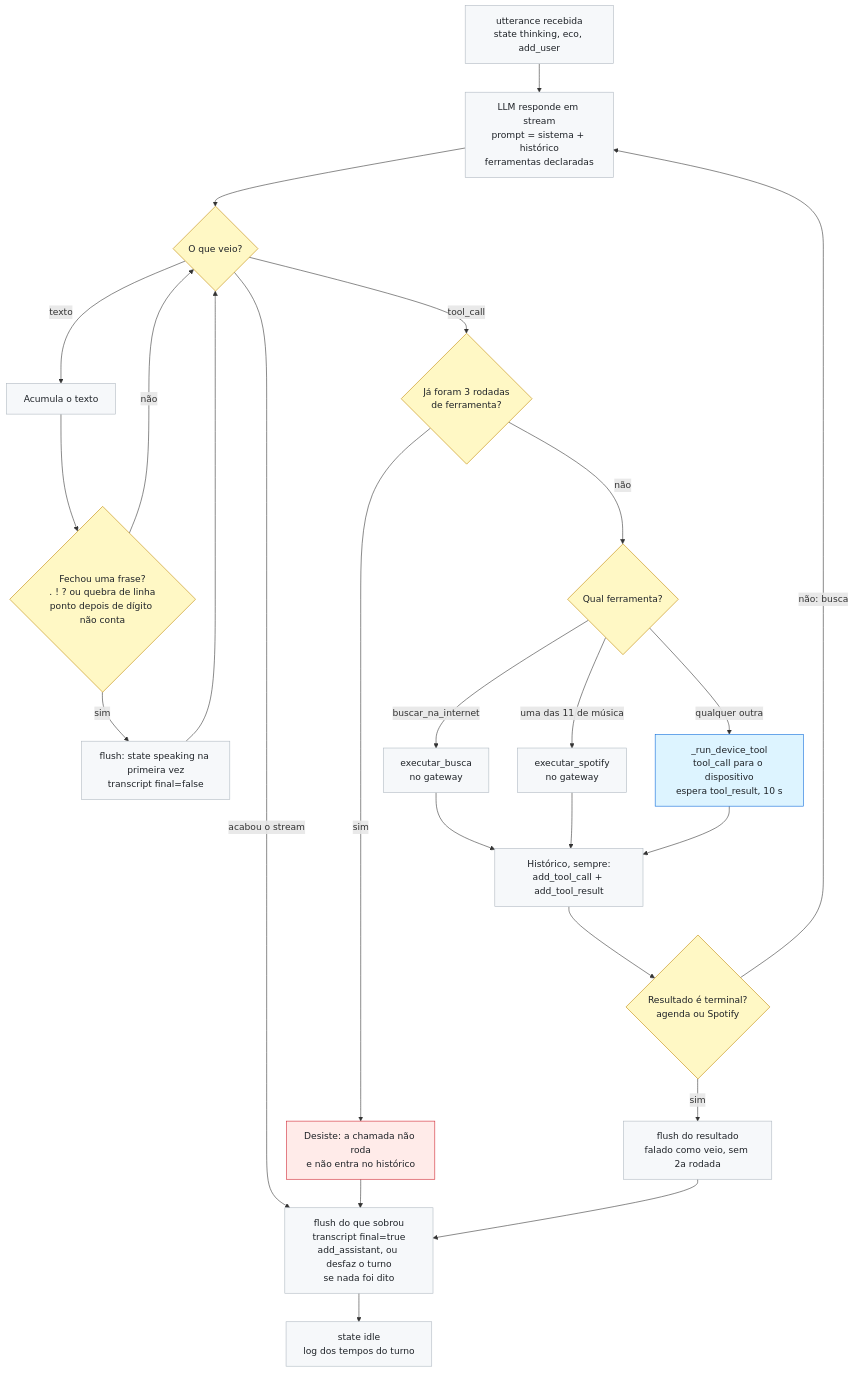
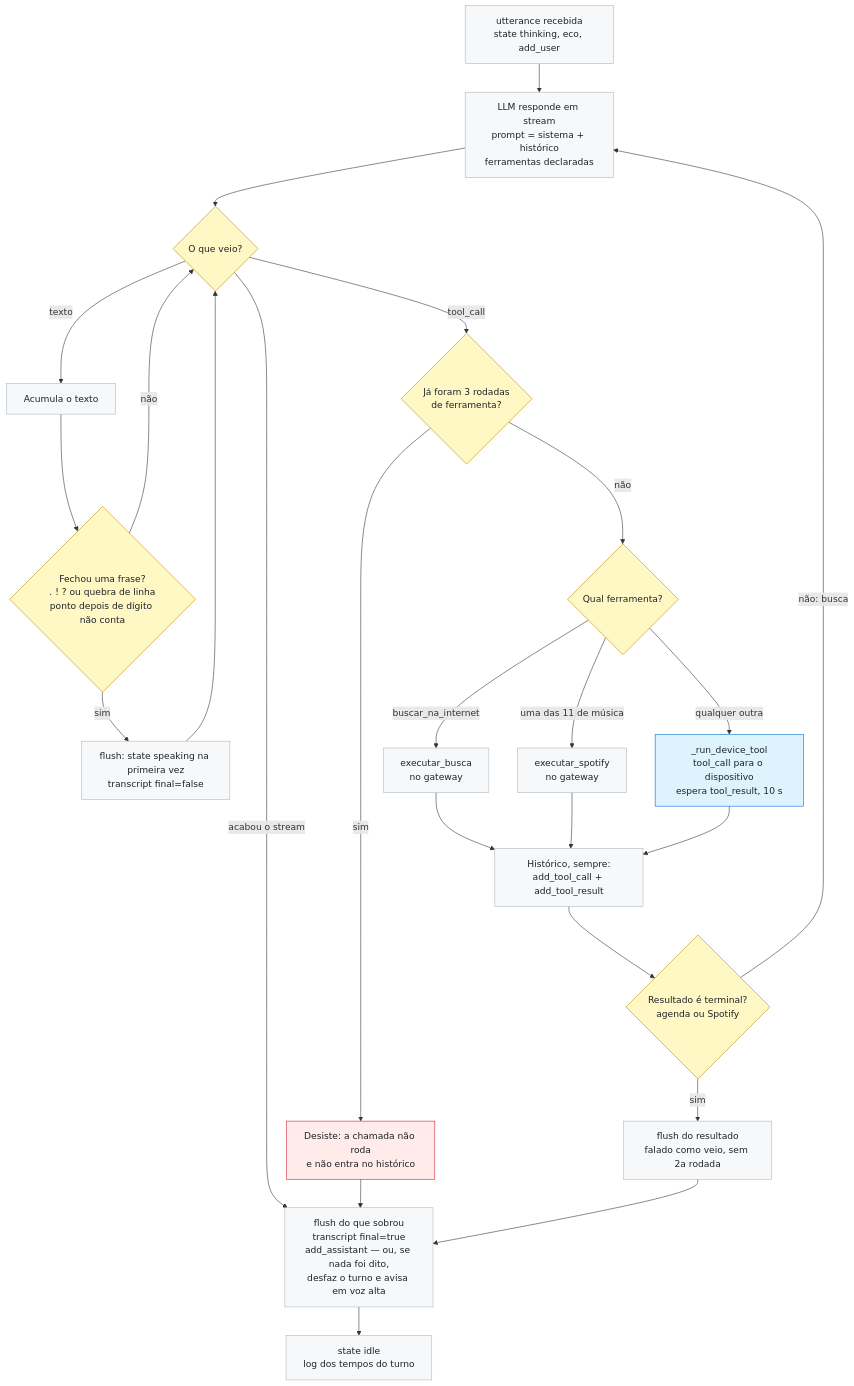
Before and after one commit to Ideraldo/Self-hosted-voice-assistant: the fourth of 6 diagrams in docs/arquitetura.md, drawn with Mermaid. The commit also changed other lines of this file, not shown here.

First line of the commit message:
docs: o error que encerra o turno e as falhas que agora falam, no desenho

````diff
--- a/docs/arquitetura.md
+++ b/docs/arquitetura.md
@@ -327,44 +330,44 @@
 ```mermaid
 flowchart TD
     INI["utterance recebida<br/>state thinking, eco, add_user"]
     LLM["LLM responde em stream<br/>prompt = sistema + histórico<br/>ferramentas declaradas"]
     DELTA{"O que veio?"}
     ACUM["Acumula o texto"]
     FIM{"Fechou uma frase?<br/>. ! ? ou quebra de linha<br/>ponto depois de dígito não conta"}
     FLUSH["flush: state speaking na primeira vez<br/>transcript final=false"]
     TETO{"Já foram 3 rodadas<br/>de ferramenta?"}
     DESISTE["Desiste: a chamada não roda<br/>e não entra no histórico"]
     QUAL{"Qual ferramenta?"}
     BUSCA["executar_busca<br/>no gateway"]
     SPOT["executar_spotify<br/>no gateway"]
     DEVT["_run_device_tool<br/>tool_call para o dispositivo<br/>espera tool_result, 10 s"]
     HIST["Histórico, sempre:<br/>add_tool_call + add_tool_result"]
     TERM{"Resultado é terminal?<br/>agenda ou Spotify"}
     FALA["flush do resultado<br/>falado como veio, sem 2a rodada"]
-    RESTO["flush do que sobrou<br/>transcript final=true<br/>add_assistant, ou desfaz o turno<br/>se nada foi dito"]
+    RESTO["flush do que sobrou<br/>transcript final=true<br/>add_assistant — ou, se nada foi dito,<br/>desfaz o turno e avisa em voz alta"]
     IDLE["state idle<br/>log dos tempos do turno"]
 
     INI --> LLM --> DELTA
     DELTA -->|"texto"| ACUM --> FIM
     FIM -->|"sim"| FLUSH --> DELTA
     FIM -->|"não"| DELTA
     DELTA -->|"acabou o stream"| RESTO
     DELTA -->|"tool_call"| TETO
     TETO -->|"sim"| DESISTE --> RESTO
     TETO -->|"não"| QUAL
     QUAL -->|"buscar_na_internet"| BUSCA --> HIST
     QUAL -->|"uma das 11 de música"| SPOT --> HIST
     QUAL -->|"qualquer outra"| DEVT --> HIST
     HIST --> TERM
     TERM -->|"sim"| FALA --> RESTO
     TERM -->|"não: busca"| LLM
     RESTO --> IDLE
 
     classDef default fill:#f6f8fa,stroke:#afb8c1,color:#1f2328
     classDef decisao fill:#fff8c5,stroke:#bf8700,color:#1f2328
     classDef rede fill:#ddf4ff,stroke:#0969da,color:#1f2328
     classDef falha fill:#ffebe9,stroke:#cf222e,color:#1f2328
     class DELTA,FIM,TETO,QUAL,TERM decisao
     class DEVT rede
     class DESISTE falha
 ```
````
